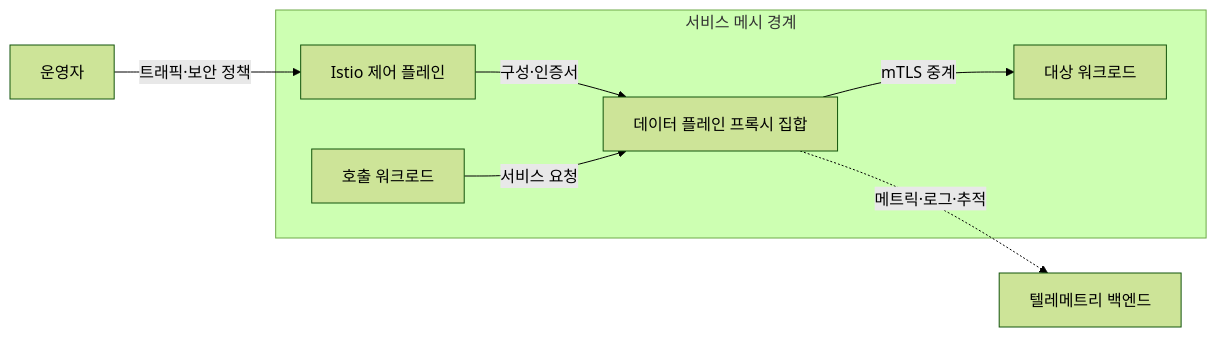
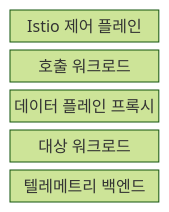
The first of 2 diagrams in src/content/docs/notes/03-software/042_service_mesh.md (agnusdei1207/knowledge-base), drawn with Mermaid (forest theme) before and after one commit. The commit also changed other lines of this file and 20 other files, not shown here.

````diff
--- a/src/content/docs/notes/03-software/042_service_mesh.md
+++ b/src/content/docs/notes/03-software/042_service_mesh.md
@@ -70,16 +68,9 @@
 ```mermaid
-flowchart LR
-    O[운영자]
-    T[텔레메트리 백엔드]
-    subgraph M[서비스 메시 경계]
-        C[Istio 제어 플레인]
-        A[호출 워크로드]
-        P[데이터 플레인 프록시 집합]
-        B[대상 워크로드]
-        C -->|구성·인증서| P
-        A -->|서비스 요청| P
-        P -->|mTLS 중계| B
-    end
-    O -->|트래픽·보안 정책| C
-    P -.->|메트릭·로그·추적| T
+block
+  columns 1
+  C["Istio 제어 플레인"]
+  A["호출 워크로드"]
+  P["데이터 플레인 프록시"]
+  B["대상 워크로드"]
+  T["텔레메트리 백엔드"]
 ```
````
